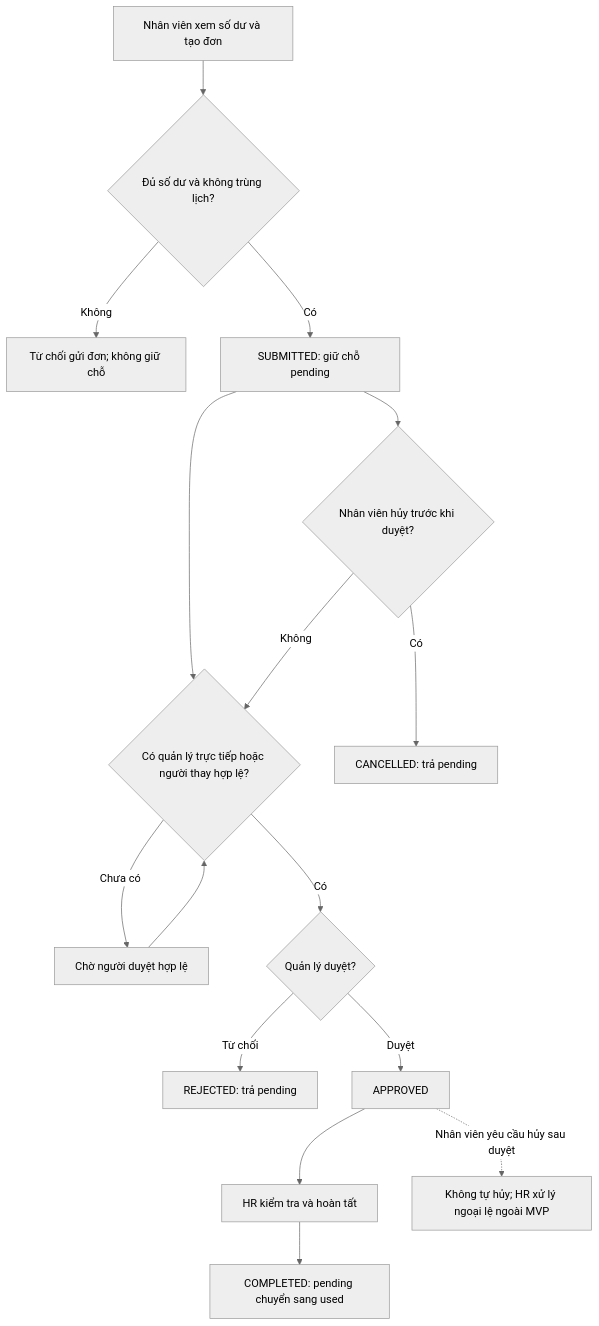
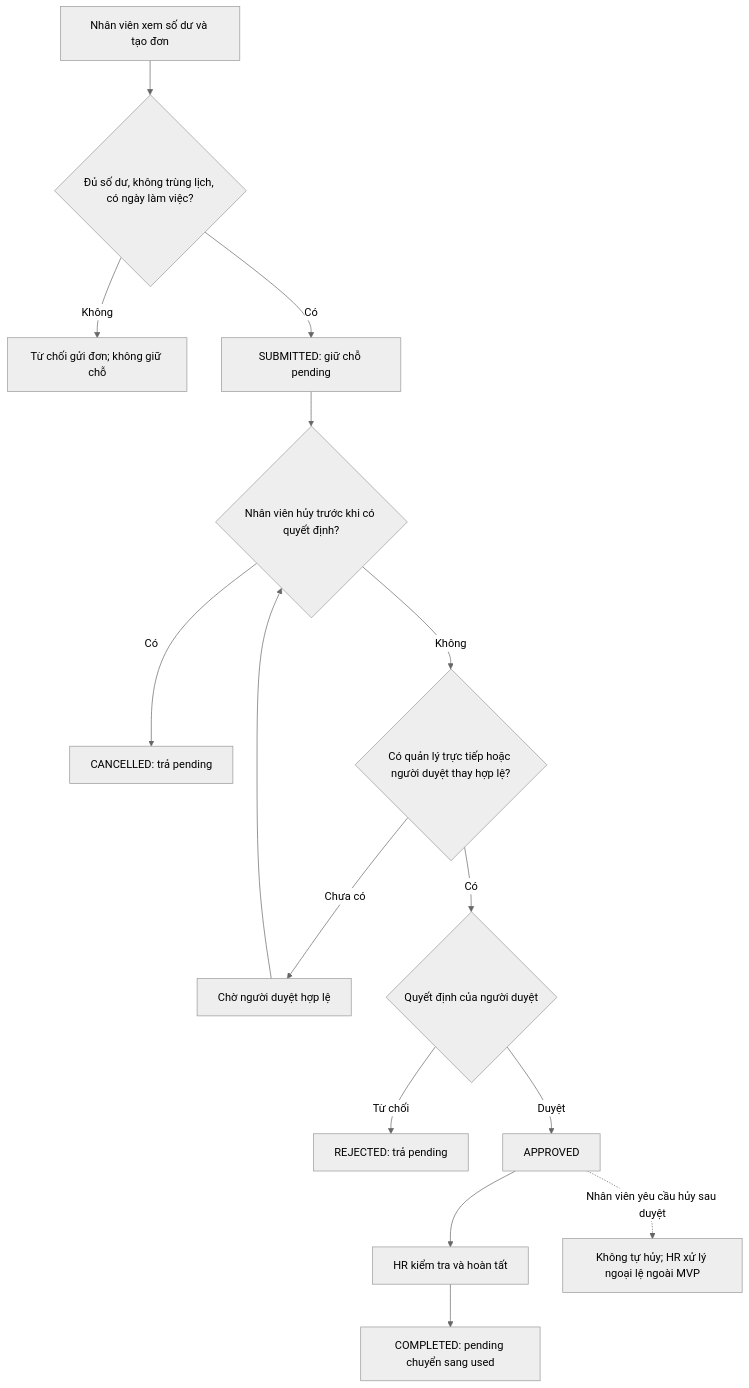
Before and after one commit to Acerchicken/HR-Enterprise-Platform: the diagram in docs/business/leave-rules.md, drawn with Mermaid (neutral theme). The commit also changed other lines of this file, not shown here.

````diff
--- a/docs/business/leave-rules.md
+++ b/docs/business/leave-rules.md
@@ -23,18 +25,17 @@
 ```mermaid
 flowchart TD
-    A[Nhân viên xem số dư và tạo đơn] --> B{Đủ số dư và không trùng lịch?}
+    A[Nhân viên xem số dư và tạo đơn] --> B{Đủ số dư, không trùng lịch, có ngày làm việc?}
     B -- Không --> X[Từ chối gửi đơn; không giữ chỗ]
     B -- Có --> C[SUBMITTED: giữ chỗ pending]
-    C --> D{Có quản lý trực tiếp hoặc người thay hợp lệ?}
+    C --> G{Nhân viên hủy trước khi có quyết định?}
+    G -- Có --> H[CANCELLED: trả pending]
+    G -- Không --> D{Có quản lý trực tiếp hoặc người duyệt thay hợp lệ?}
     D -- Chưa có --> W[Chờ người duyệt hợp lệ]
-    W --> D
-    D -- Có --> E{Quản lý duyệt?}
+    W --> G
+    D -- Có --> E{Quyết định của người duyệt}
     E -- Từ chối --> R[REJECTED: trả pending]
     E -- Duyệt --> F[APPROVED]
-    C --> G{Nhân viên hủy trước khi duyệt?}
-    G -- Có --> H[CANCELLED: trả pending]
-    G -- Không --> D
     F --> I[HR kiểm tra và hoàn tất]
     I --> J[COMPLETED: pending chuyển sang used]
     F -. Nhân viên yêu cầu hủy sau duyệt .-> K[Không tự hủy; HR xử lý ngoại lệ ngoài MVP]
 ```
````
